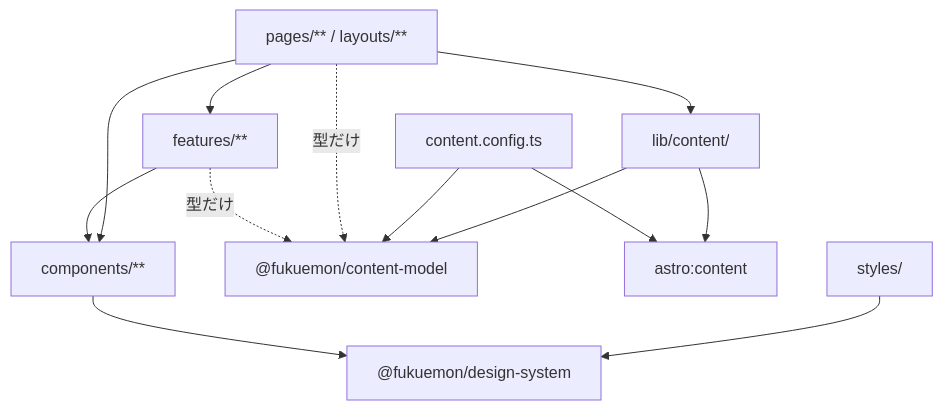
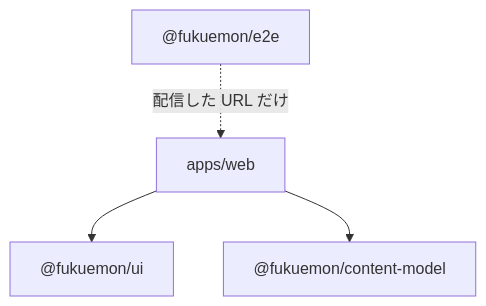
The second of 2 diagrams in design/DesignDoc.md (Fukuemon/fukuemon.dev), drawn with Mermaid before and after one commit. The commit also changed other lines of this file, not shown here.

Commit message:
docs(design): 全体の Design Doc を新しい構成で書き直す #33

````diff
--- a/design/DesignDoc.md
+++ b/design/DesignDoc.md
@@ -140,15 +115,6 @@
 ```mermaid
 flowchart TD
-    pages["pages/** / layouts/**"] --> features["features/**"]
-    pages --> components["components/**"]
-    features --> components
-    pages --> adapter["lib/content/"]
-    adapter --> cm["@fukuemon/content-model"]
-    adapter --> ac["astro:content"]
-    config["content.config.ts"] --> ac
-    config --> cm
-    pages -. "型だけ" .-> cm
-    features -. "型だけ" .-> cm
-    styles["styles/"] --> ds["@fukuemon/design-system"]
-    components --> ds
+    web["apps/web"] --> ui["@fukuemon/ui"]
+    web --> cm["@fukuemon/content-model"]
+    e2e["@fukuemon/e2e"] -. "配信した URL だけ" .-> web
 ```
````
